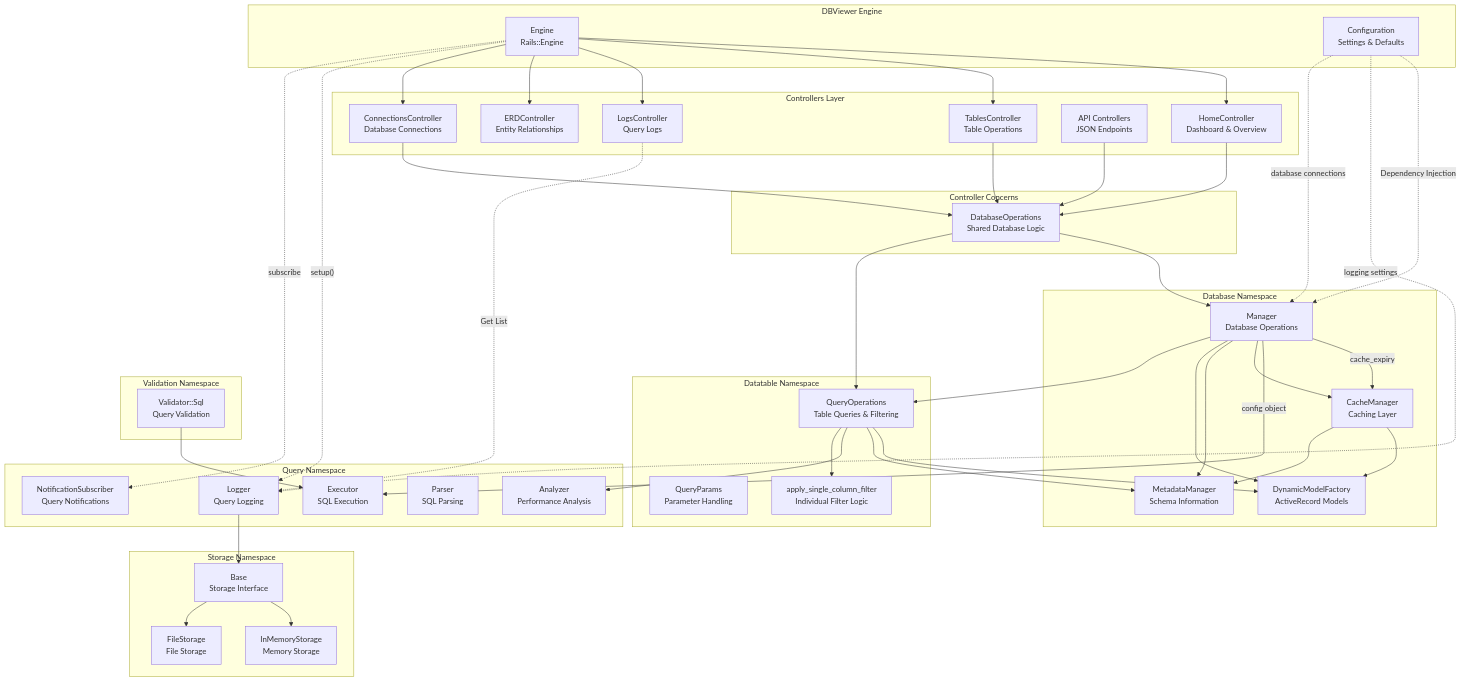
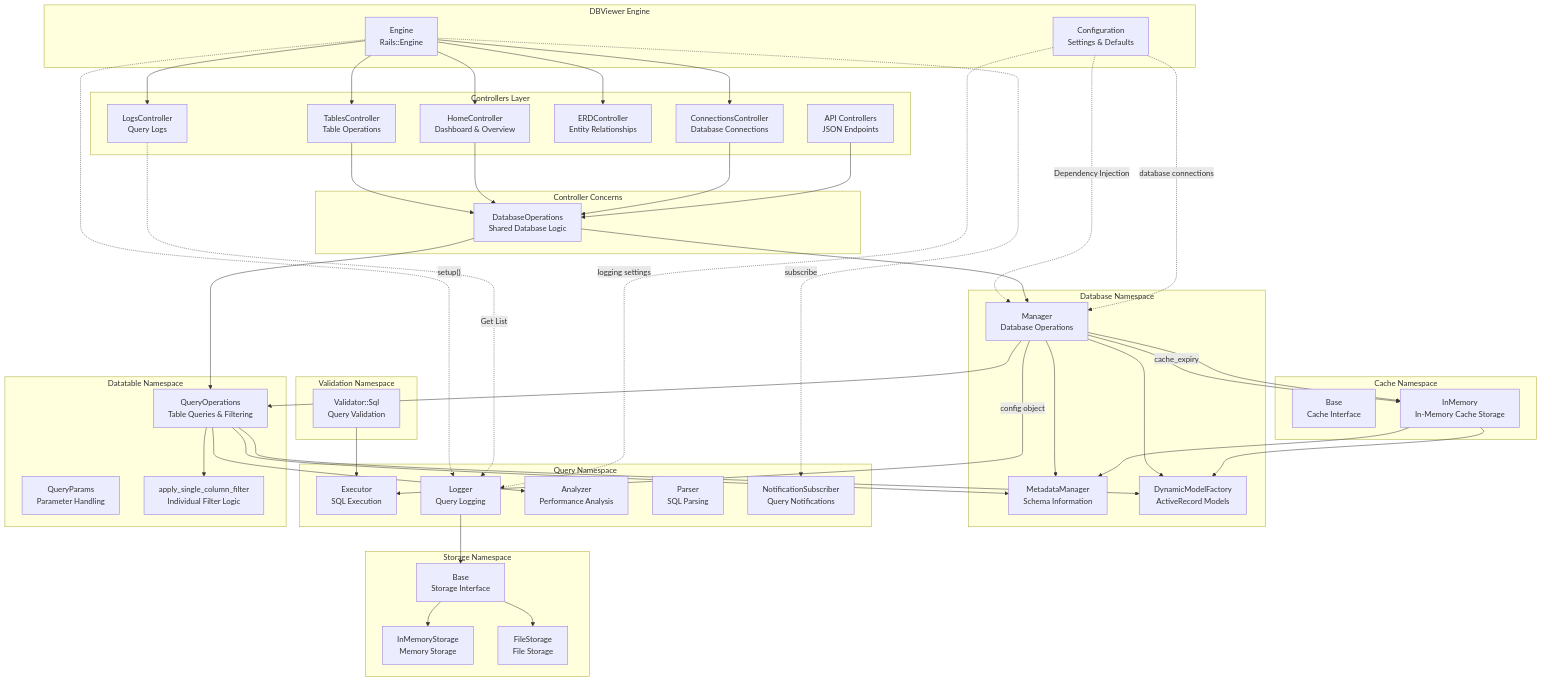
The diagram in README.md (WailanTirajoh/dbviewer), drawn with Mermaid before and after one commit.

Commit message:
docs(diagram): update cache management in architecture diagram to use InMemoryCache

```diff
--- a/README.md
+++ b/README.md
@@ -340,9 +340,13 @@
 
     subgraph "Database Namespace"
         Manager[Manager<br/>Database Operations]
-        CacheManager[CacheManager<br/>Caching Layer]
         MetadataManager[MetadataManager<br/>Schema Information]
         DynamicModelFactory[DynamicModelFactory<br/>ActiveRecord Models]
+    end
+
+    subgraph "Cache Namespace"
+        CacheBase[Base<br/>Cache Interface]
+        InMemoryCache[InMemory<br/>In-Memory Cache Storage]
     end
 
     subgraph "Query Namespace"
@@ -371,7 +375,7 @@
 
     %% Configuration Dependencies (Decoupled)
     Config -.->|"Dependency Injection"| Manager
-    Manager -->|"cache_expiry"| CacheManager
+    Manager -->|"cache_expiry"| InMemoryCache
     Manager -->|"config object"| QueryExecutor
 
     %% Engine Initialization
@@ -394,14 +398,14 @@
     DatabaseOperations --> QueryOperations
 
     %% Manager Dependencies
-    Manager --> CacheManager
+    Manager --> InMemoryCache
     Manager --> MetadataManager
     Manager --> DynamicModelFactory
     Manager --> QueryOperations
 
     %% Cache Dependencies
-    CacheManager --> DynamicModelFactory
-    CacheManager --> MetadataManager
+    InMemoryCache --> DynamicModelFactory
+    InMemoryCache --> MetadataManager
 
     %% QueryOperations Dependencies (Refactored)
     QueryOperations --> DynamicModelFactory
@@ -422,10 +426,11 @@
     ValidatorSql --> QueryExecutor
 
     %% Styling
-    class CacheManager,QueryLogger decoupled
+    class InMemoryCache,QueryLogger decoupled
     class HomeController,TablesController,LogsController,ERDController,APIController,ConnectionsController controller
     class DatabaseOperations concern
     class Manager,MetadataManager,DynamicModelFactory database
+    class CacheBase,InMemoryCache cache
     class QueryExecutor,QueryAnalyzer,QueryParser,NotificationSubscriber query
     class StorageBase,InMemoryStorage,FileStorage storage
     class ColumnFiltering filtering
```
